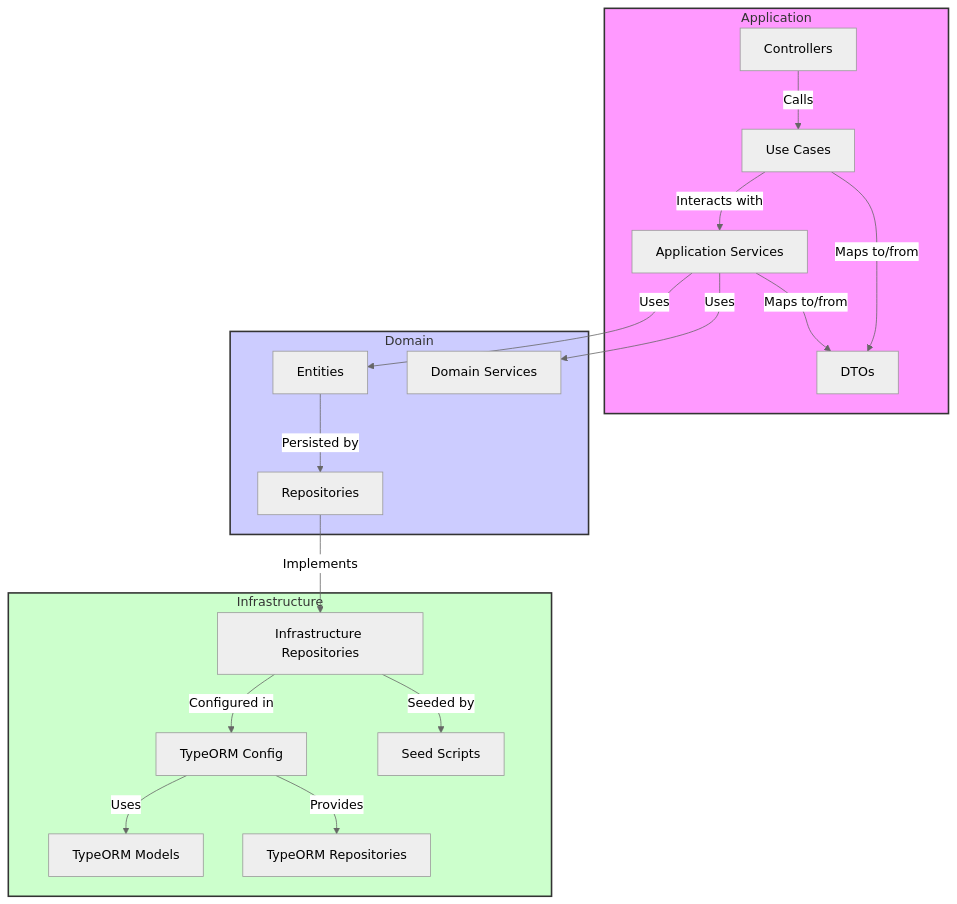
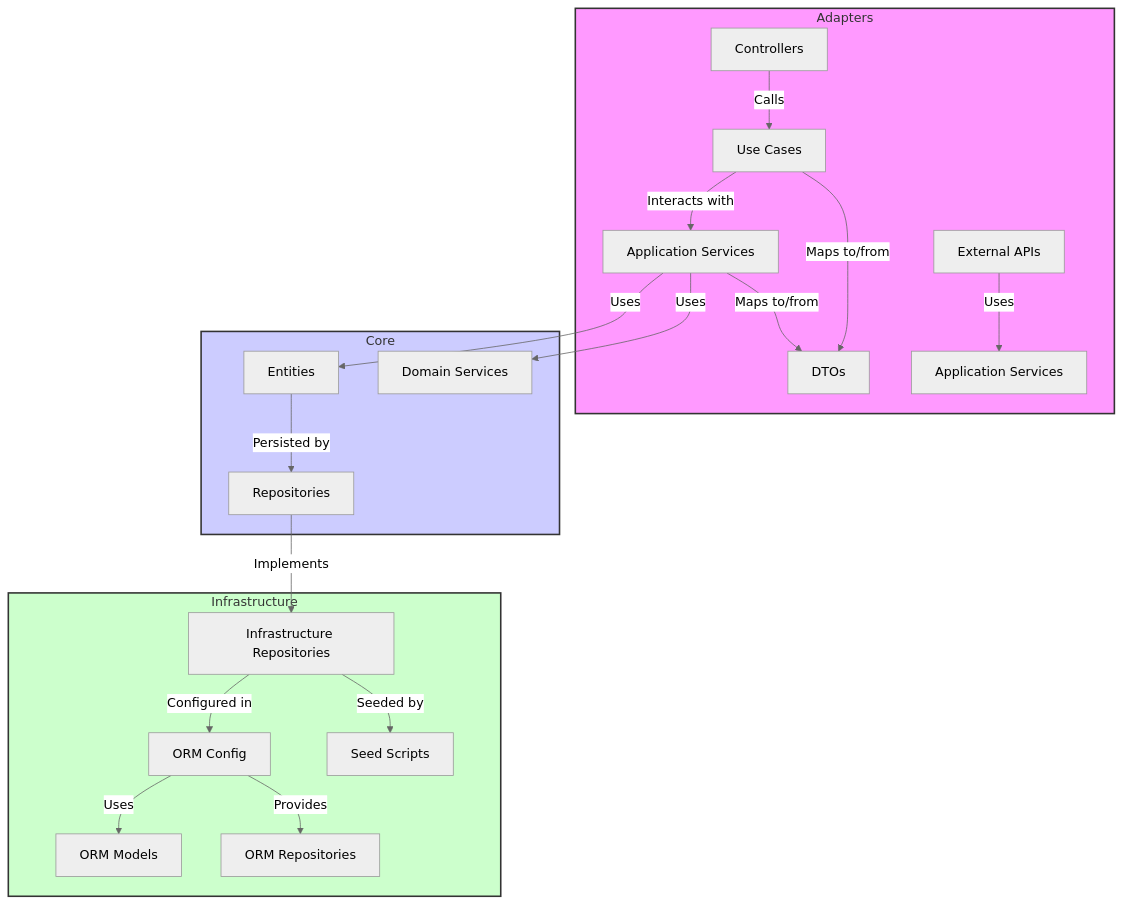
Before and after one commit to diname/tech-challenge-fiap: the first of 2 diagrams in README.md, drawn with Mermaid (neutral theme). The commit also changed other lines of this file, not shown here.

````diff
--- a/README.md
+++ b/README.md
@@ -83,32 +85,34 @@
 ```mermaid
 graph TD
-    subgraph Application
+    subgraph Adapters
         A[Controllers] -->|Calls| B[Use Cases]
         B -->|Interacts with| C[Application Services]
         B -->|Maps to/from| D[DTOs]
         C -->|Maps to/from| D
+        E[External APIs] -->|Uses| F[Application Services]
     end
 
-    subgraph Domain
-        C -->|Uses| E[Entities]
-        C -->|Uses| F[Domain Services]
-        E -->|Persisted by| G[Repositories]
+    subgraph Core
+        C -->|Uses| G[Entities]
+        C -->|Uses| H[Domain Services]
+        G -->|Persisted by| I[Repositories]
     end
 
     subgraph Infrastructure
-        G -->|Implements| H[Infrastructure Repositories]
-        H -->|Configured in| I[TypeORM Config]
-        I -->|Uses| J[TypeORM Models]
-        I -->|Provides| K[TypeORM Repositories]
-        H -->|Seeded by| L[Seed Scripts]
+        I -->|Implements| J[Infrastructure Repositories]
+        J -->|Configured in| K[ORM Config]
+        K -->|Uses| L[ORM Models]
+        K -->|Provides| M[ORM Repositories]
+        J -->|Seeded by| N[Seed Scripts]
     end
 
     %%% Optional styling to make the diagram clearer
-    classDef app fill:#f9f,stroke:#333,stroke-width:2px;
-    classDef domain fill:#ccf,stroke:#333,stroke-width:2px;
+    classDef adapters fill:#f9f,stroke:#333,stroke-width:2px;
+    classDef core fill:#ccf,stroke:#333,stroke-width:2px;
     classDef infra fill:#cfc,stroke:#333,stroke-width:2px;
 
-    class Application app;
-    class Domain domain;
+    class Adapters adapters;
+    class Core core;
     class Infrastructure infra;
+
 ```
````
